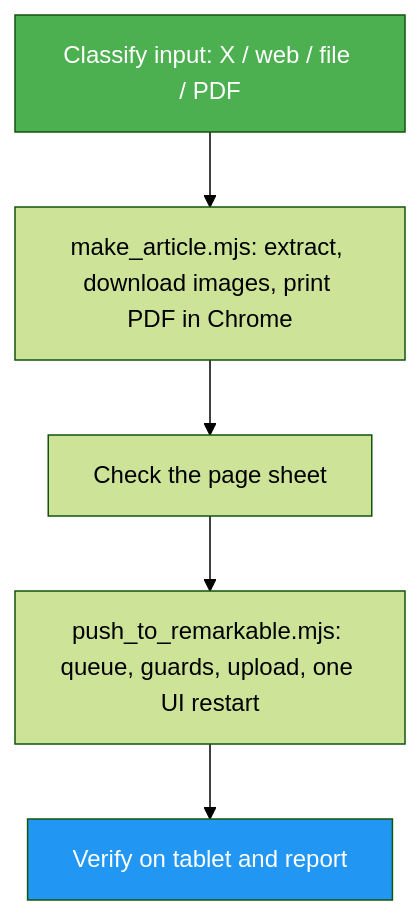
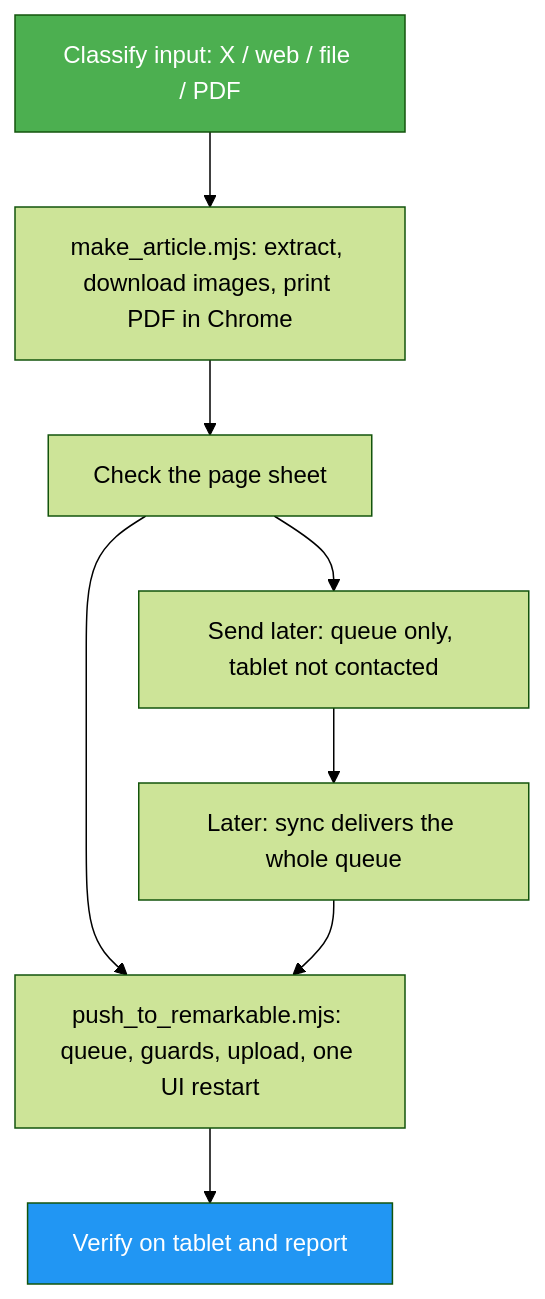
The diagram in skills/send-to-remarkable/docs/README.md (luongnv89/remarkable-skills), drawn with Mermaid (forest theme) before and after one commit. The commit also changed other lines of this file and 8 other files, not shown here.

First line of the commit message:
feat(send-to-remarkable): send now or sync later (#4)

````diff
--- a/skills/send-to-remarkable/docs/README.md
+++ b/skills/send-to-remarkable/docs/README.md
@@ -30,9 +33,12 @@
 ```mermaid
 graph TD
     A["Classify input: X / web / file / PDF"] --> B["make_article.mjs: extract, download images, print PDF in Chrome"]
     B --> C["Check the page sheet"]
     C --> D["push_to_remarkable.mjs: queue, guards, upload, one UI restart"]
+    C --> L["Send later: queue only, tablet not contacted"]
+    L --> S["Later: sync delivers the whole queue"]
+    S --> D
     D --> E["Verify on tablet and report"]
     style A fill:#4CAF50,color:#fff
     style E fill:#2196F3,color:#fff
 ```
````
